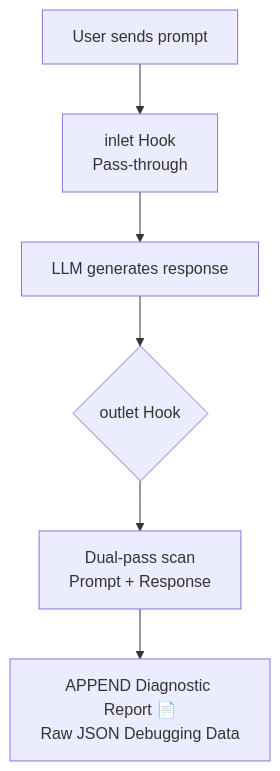
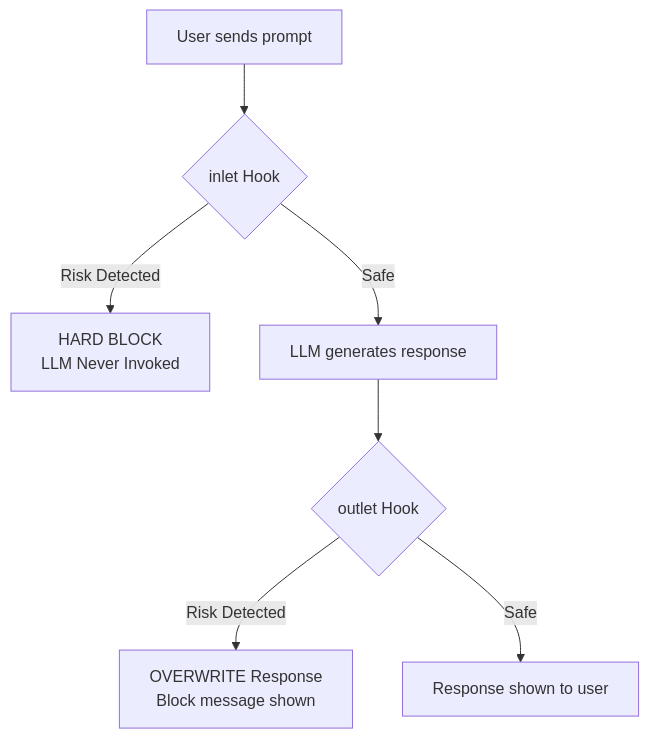
Before and after one commit to packetcraft/prisma-airs-openwebui-: the second of 3 diagrams in docs/LAB_GUIDE.md, drawn with Mermaid. The commit also changed other lines of this file and 8 other files, not shown here.

````diff
--- a/docs/LAB_GUIDE.md
+++ b/docs/LAB_GUIDE.md
@@ -166,8 +42,9 @@
 ```mermaid
 graph TD
-    A[User sends prompt] --> B[inlet Hook<br/>Pass-through]
-    B --> C[LLM generates response]
-    C --> D{outlet Hook}
-    D --> E[Dual-pass scan<br/>Prompt + Response]
-    E --> F[APPEND Diagnostic Report 📄<br/>Raw JSON Debugging Data]
+    A[User sends prompt] --> B{inlet Hook}
+    B -- "Risk Detected" --> C[HARD BLOCK\nLLM Never Invoked]
+    B -- "Safe" --> D[LLM generates response]
+    D --> E{outlet Hook}
+    E -- "Risk Detected" --> F[OVERWRITE Response\nBlock message shown]
+    E -- "Safe" --> G[Response shown to user]
 ```
````
